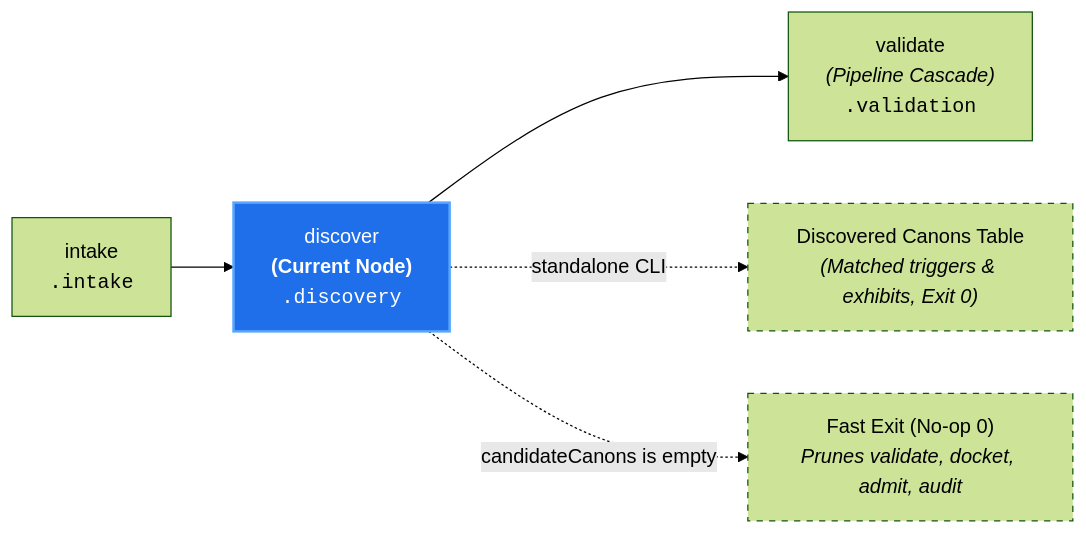
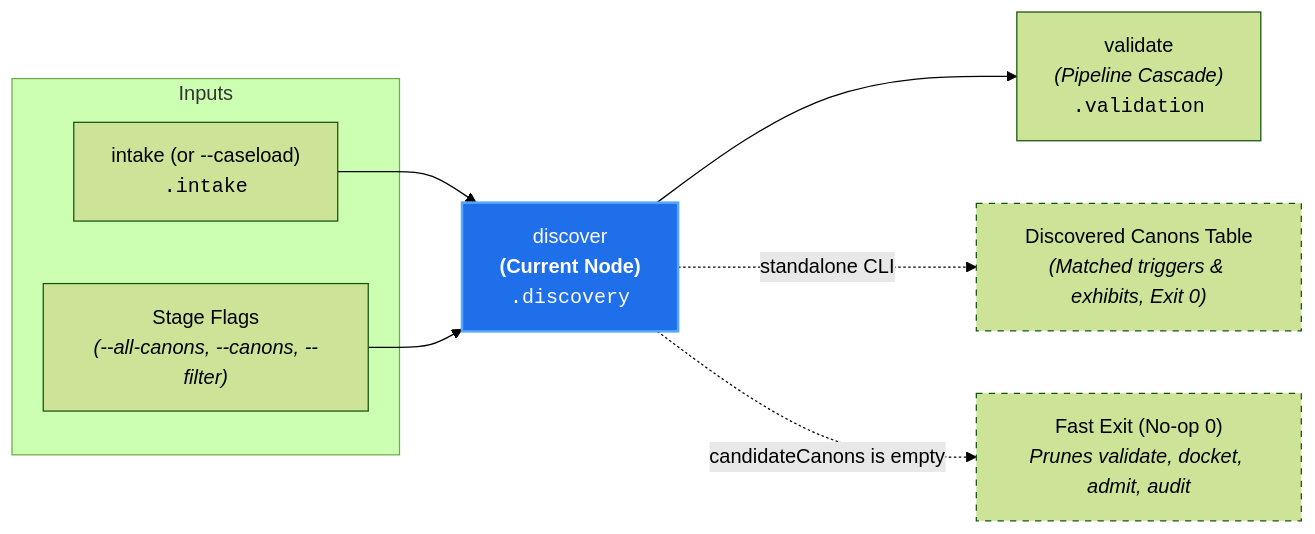
One commit to PAIR-code/canon-clerk changed the diagram in docs/architecture/nodes/discover.md. Above: the diagram before and after it, drawn with Mermaid (forest theme). The commit also changed 8 other files, not shown here.

Commit message:
docs(architecture): enrich localized node diagrams with stage flags and caseload inputs

````diff
--- a/docs/architecture/nodes/discover.md
+++ b/docs/architecture/nodes/discover.md
@@ -28,12 +28,18 @@
 ```mermaid
 flowchart LR
-    Intake["intake<br/><code>.intake</code>"] --> Discover["discover<br/><b>(Current Node)</b><br/><code>.discovery</code>"]
+    subgraph Inputs["Inputs"]
+        Intake["intake (or --caseload)<br/><code>.intake</code>"]
+        Params["Stage Flags<br/><i>(--all-canons, --canons, --filter)</i>"]
+    end
+
+    Intake --> Discover["discover<br/><b>(Current Node)</b><br/><code>.discovery</code>"]
+    Params --> Discover
 
     Discover --> Validate["validate<br/><i>(Pipeline Cascade)</i><br/><code>.validation</code>"]
     Discover -. "standalone CLI" .-> DiscoveryReport["Discovered Canons Table<br/><i>(Matched triggers & exhibits, Exit 0)</i>"]
     Discover -. "candidateCanons is empty" .-> FastExit["Fast Exit (No-op 0)<br/><i>Prunes validate, docket, admit, audit</i>"]
 
     style Discover fill:#1f6feb,stroke:#58a6ff,stroke-width:2px,color:#fff
     style DiscoveryReport stroke-dasharray: 5 5
     style FastExit stroke-dasharray: 5 5
 ```
````
